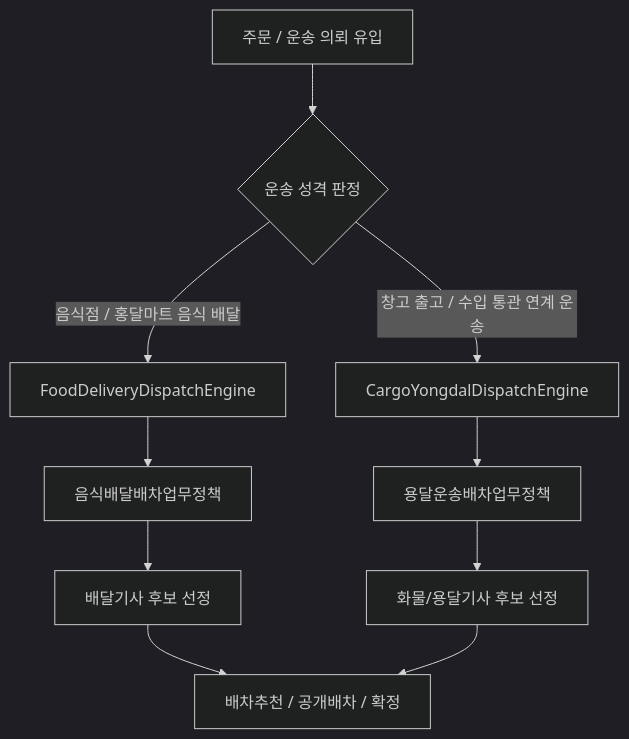
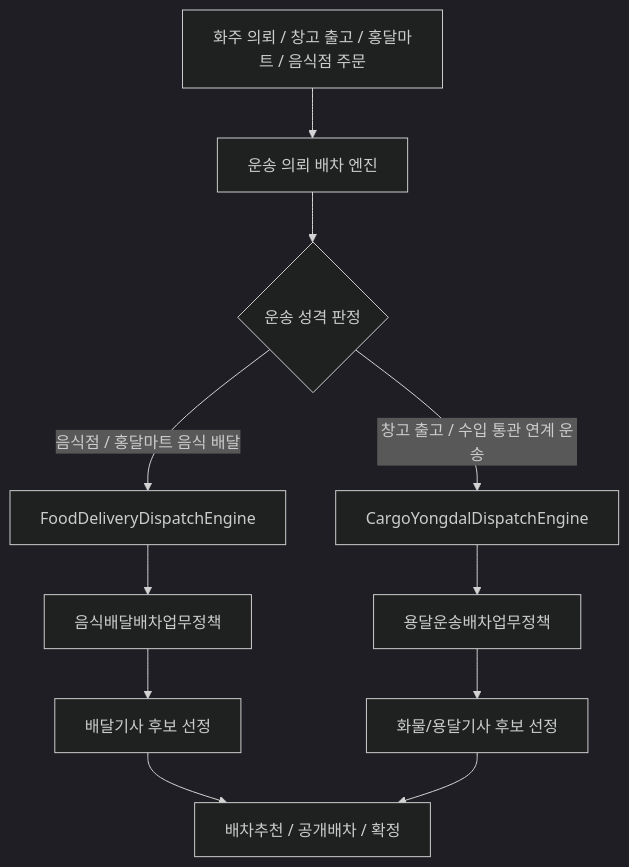
The third of 14 diagrams in Hongdal/README.md (cheolwo/hongdal), drawn with Mermaid (dark theme) before and after one commit. The commit also changed other lines of this file and 27 other files, not shown here.

````diff
--- a/Hongdal/README.md
+++ b/Hongdal/README.md
@@ -207,12 +209,13 @@
 ```mermaid
 flowchart TD
-    A["주문 / 운송 의뢰 유입"] --> B{"운송 성격 판정"}
+    A["화주 의뢰 / 창고 출고 / 홍달마트 / 음식점 주문"] --> A1["운송 의뢰 배차 엔진"]
+    A1 --> B{"운송 성격 판정"}
     B -->|음식점 / 홍달마트 음식 배달| C["FoodDeliveryDispatchEngine"]
     B -->|창고 출고 / 수입 통관 연계 운송| D["CargoYongdalDispatchEngine"]
     C --> E["음식배달배차업무정책"]
     D --> F["용달운송배차업무정책"]
     E --> G["배달기사 후보 선정"]
     F --> H["화물/용달기사 후보 선정"]
     G --> I["배차추천 / 공개배차 / 확정"]
     H --> I
 ```
````
